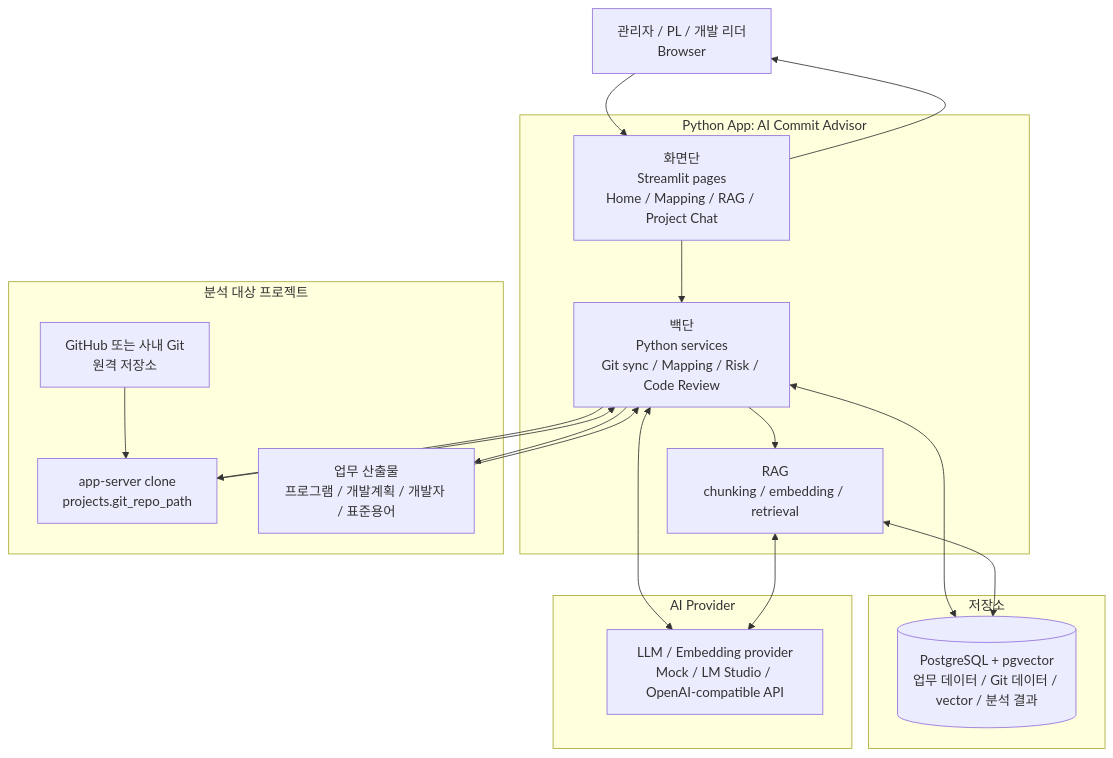
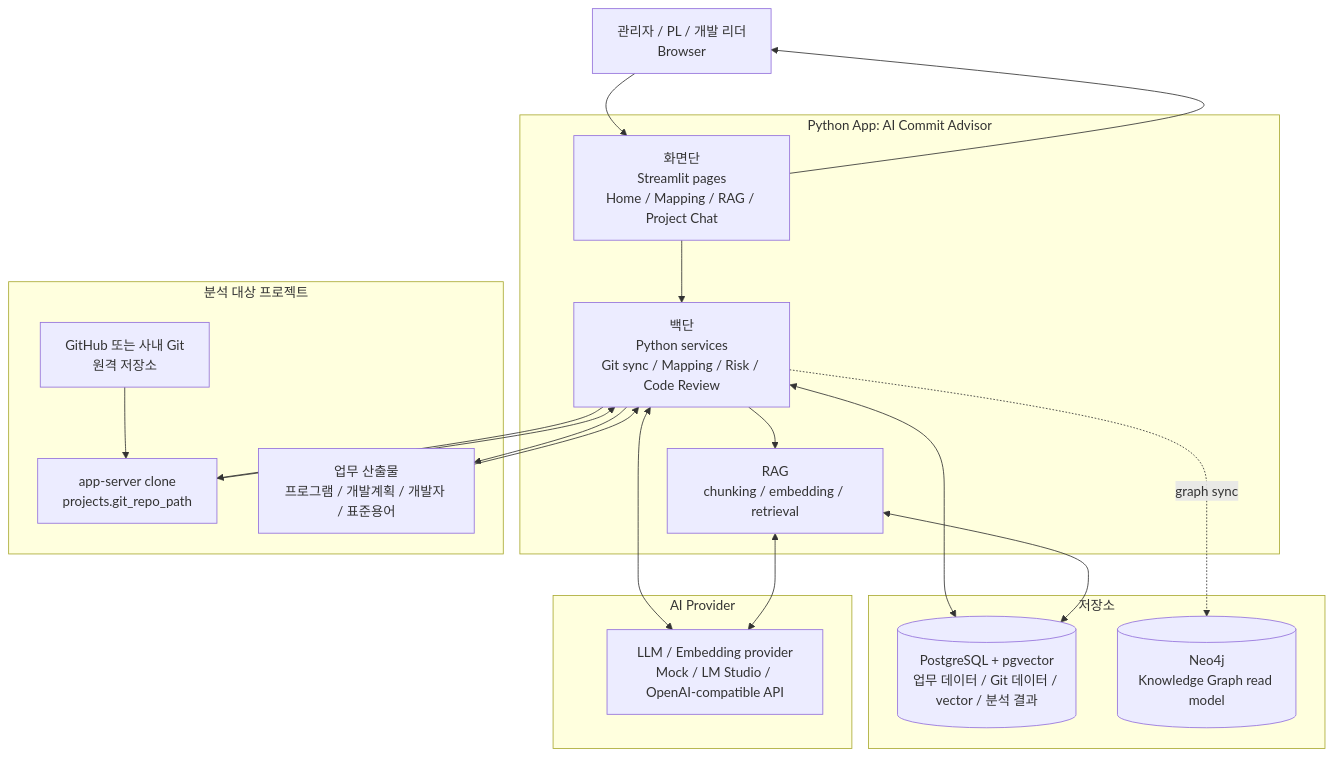
One commit to ino5/ai-commit-advisor-26 changed the first of 10 diagrams in docs/architecture.md. Above: the diagram before and after it, drawn with Mermaid. The commit also changed other lines of this file and 24 other files, not shown here.

Commit message:
Add Neo4j knowledge graph foundation

````diff
--- a/docs/architecture.md
+++ b/docs/architecture.md
@@ -9,40 +9,42 @@
 ```mermaid
 flowchart TB
     User["관리자 / PL / 개발 리더<br/>Browser"]
 
     subgraph PythonApp["Python App: AI Commit Advisor"]
         UI["화면단<br/>Streamlit pages<br/>Home / Mapping / RAG / Project Chat"]
         Services["백단<br/>Python services<br/>Git sync / Mapping / Risk / Code Review"]
         RAG["RAG<br/>chunking / embedding / retrieval"]
 
         UI --> Services
         Services --> RAG
     end
 
     subgraph Storage["저장소"]
         DB[(PostgreSQL + pgvector<br/>업무 데이터 / Git 데이터 / vector / 분석 결과)]
+        GraphDB[(Neo4j<br/>Knowledge Graph read model)]
     end
 
     subgraph TargetProject["분석 대상 프로젝트"]
         RemoteGit["GitHub 또는 사내 Git<br/>원격 저장소"]
         ServerClone["app-server clone<br/>projects.git_repo_path"]
         Artifacts["업무 산출물<br/>프로그램 / 개발계획 / 개발자 / 표준용어"]
 
         RemoteGit --> ServerClone
     end
 
     subgraph AIProvider["AI Provider"]
         LLM["LLM / Embedding provider<br/>Mock / LM Studio / OpenAI-compatible API"]
     end
 
     User --> UI
     UI --> User
     Services --> ServerClone
     ServerClone --> Services
     Services --> Artifacts
     Artifacts --> Services
     Services <--> DB
     RAG <--> DB
+    Services -. graph sync .-> GraphDB
     Services <--> LLM
     RAG <--> LLM
 ```
````
